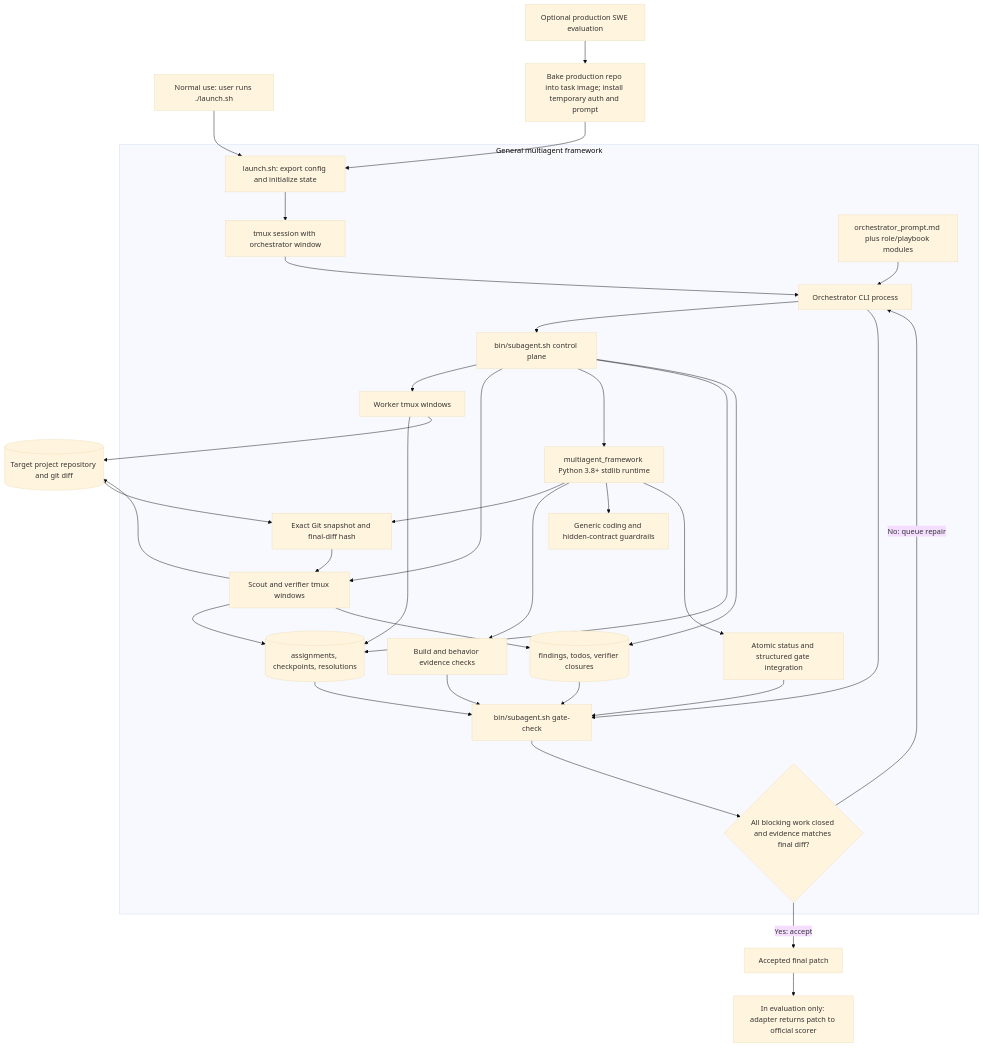
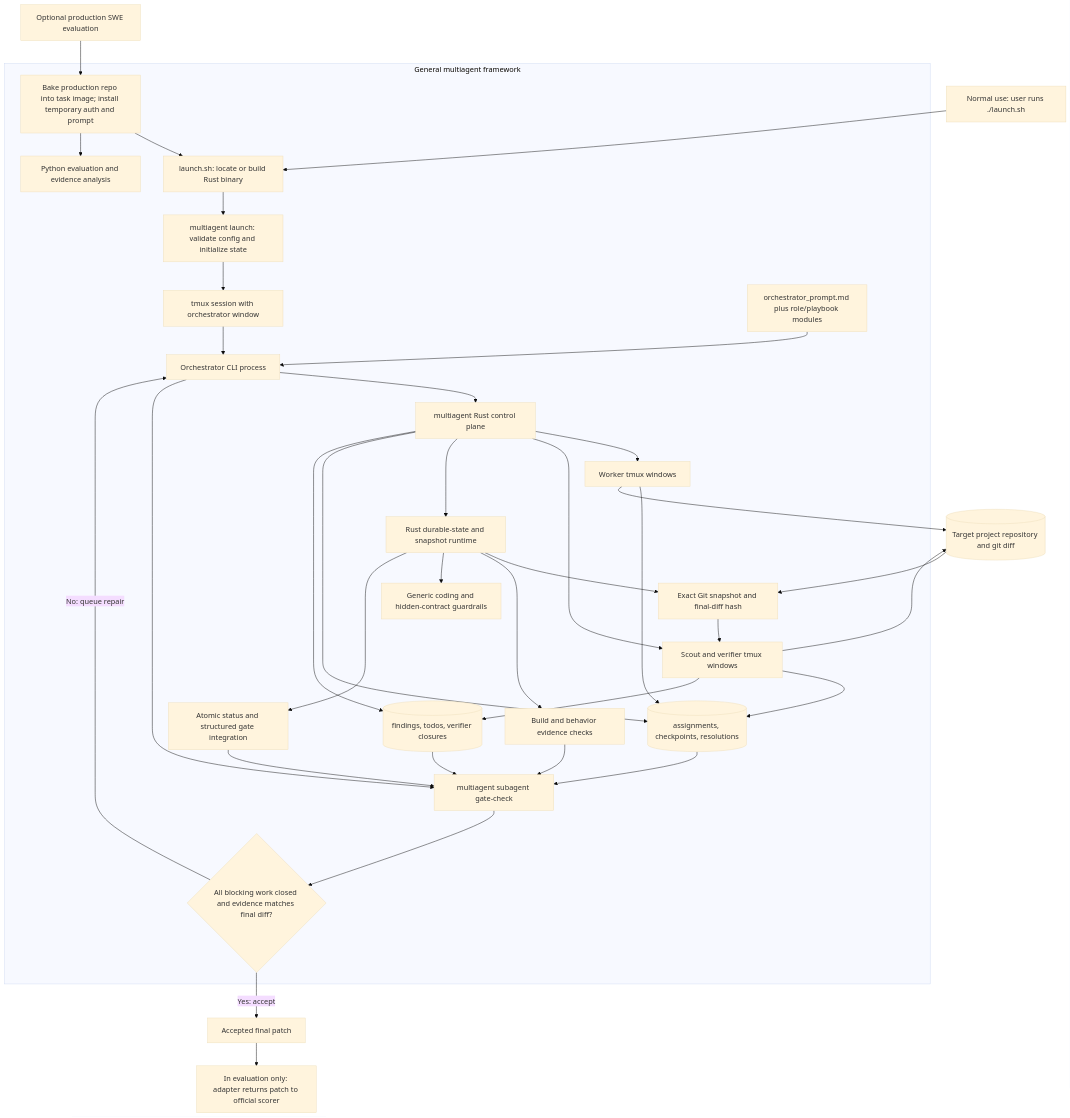
Before and after one commit to areshand/multiagent: the diagram in docs/getting-started.md, drawn with Mermaid (base theme). The commit also changed other lines of this file and 93 other files, not shown here.

````diff
--- a/docs/getting-started.md
+++ b/docs/getting-started.md
@@ -93,42 +93,44 @@
 ```mermaid
 flowchart TD
     User["Normal use: user runs ./launch.sh"] --> Launch
     Eval["Optional production SWE evaluation"] --> Adapter["Bake production repo into task image; install temporary auth and prompt"]
     Adapter --> Launch
 
     subgraph Framework["General multiagent framework"]
-        Launch["launch.sh: export config and initialize state"] --> Tmux["tmux session with orchestrator window"]
+        Launch["launch.sh: locate or build Rust binary"] --> RustLaunch["multiagent launch: validate config and initialize state"]
+        RustLaunch --> Tmux["tmux session with orchestrator window"]
         Prompts["orchestrator_prompt.md plus role/playbook modules"] --> Orchestrator["Orchestrator CLI process"]
         Tmux --> Orchestrator
-        Orchestrator --> Helper["bin/subagent.sh control plane"]
+        Orchestrator --> Helper["multiagent Rust control plane"]
 
         Helper --> Worker["Worker tmux windows"]
         Helper --> Verifier["Scout and verifier tmux windows"]
-        Helper --> Runtime["multiagent_framework Python 3.8+ stdlib runtime"]
+        Helper --> Runtime["Rust durable-state and snapshot runtime"]
         Runtime --> Snapshot["Exact Git snapshot and final-diff hash"]
         Runtime --> Evidence["Build and behavior evidence checks"]
         Runtime --> Guardrails["Generic coding and hidden-contract guardrails"]
         Runtime --> Status["Atomic status and structured gate integration"]
+        Adapter --> Python["Python evaluation and evidence analysis"]
 
         Worker --> Durable[("assignments, checkpoints, resolutions")]
         Verifier --> Durable
         Verifier --> Findings[("findings, todos, verifier closures")]
         Helper --> Durable
         Helper --> Findings
         Snapshot --> Verifier
 
-        Orchestrator --> Gate["bin/subagent.sh gate-check"]
+        Orchestrator --> Gate["multiagent subagent gate-check"]
         Durable --> Gate
         Findings --> Gate
         Evidence --> Gate
         Status --> Gate
         Gate --> Decision{"All blocking work closed and evidence matches final diff?"}
         Decision -- "No: queue repair" --> Orchestrator
     end
 
     Worker --> Repo[("Target project repository and git diff")]
     Verifier --> Repo
     Repo --> Snapshot
     Decision -- "Yes: accept" --> Result["Accepted final patch"]
     Result --> AdapterResult["In evaluation only: adapter returns patch to official scorer"]
 ```
````
